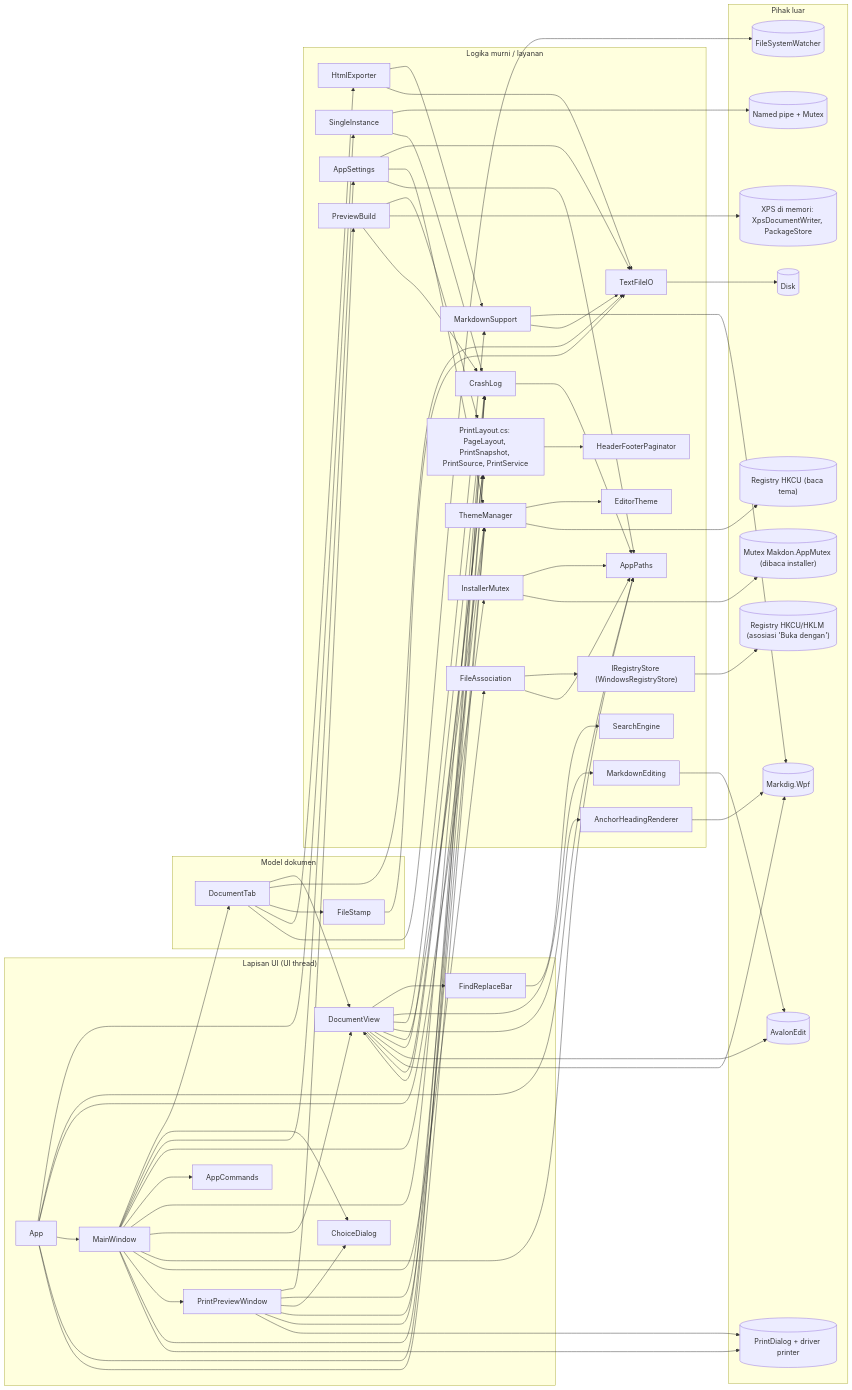
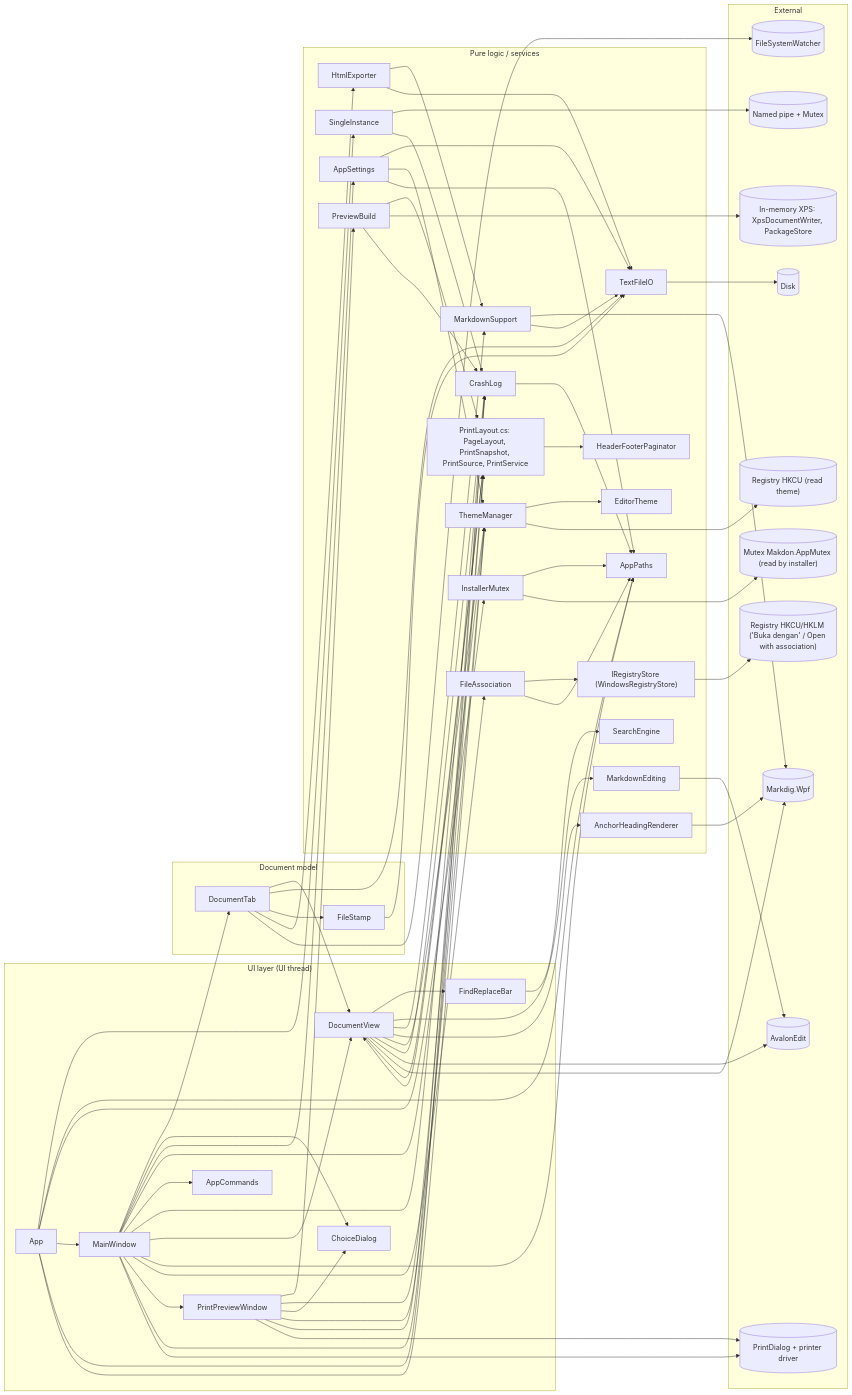
The first of 14 diagrams in docs/ARCHITECTURE.md (hoaaah/Makdon), drawn with Mermaid before and after one commit. The commit also changed other lines of this file and 8 other files, not shown here.

````diff
--- a/docs/ARCHITECTURE.md
+++ b/docs/ARCHITECTURE.md
@@ -63,6 +60,6 @@
 ```mermaid
 flowchart LR
-    subgraph UI["Lapisan UI (UI thread)"]
+    subgraph UI["UI layer (UI thread)"]
         App["App"]
         MW["MainWindow"]
         CD["ChoiceDialog"]
@@ -72,12 +69,12 @@
         PPW["PrintPreviewWindow"]
     end
 
-    subgraph Model["Model dokumen"]
+    subgraph Model["Document model"]
         DT["DocumentTab"]
         FS["FileStamp"]
     end
 
-    subgraph Logic["Logika murni / layanan"]
+    subgraph Logic["Pure logic / services"]
         SE["SearchEngine"]
         ME["MarkdownEditing"]
         MS["MarkdownSupport"]
@@ -98,17 +95,17 @@
         IM["InstallerMutex"]
     end
 
-    subgraph Ext["Pihak luar"]
+    subgraph Ext["External"]
         AE[("AvalonEdit")]
         MD[("Markdig.Wpf")]
         FSW[("FileSystemWatcher")]
         PIPE[("Named pipe + Mutex")]
-        REG[("Registry HKCU (baca tema)")]
+        REG[("Registry HKCU (read theme)")]
         DISK[("Disk")]
-        XPS[("XPS di memori: XpsDocumentWriter, PackageStore")]
-        PD[("PrintDialog + driver printer")]
-        REG2[("Registry HKCU/HKLM (asosiasi 'Buka dengan')")]
-        MTX[("Mutex Makdon.AppMutex (dibaca installer)")]
+        XPS[("In-memory XPS: XpsDocumentWriter, PackageStore")]
+        PD[("PrintDialog + printer driver")]
+        REG2[("Registry HKCU/HKLM ('Buka dengan' / Open with association)")]
+        MTX[("Mutex Makdon.AppMutex (read by installer)")]
     end
 
     App --> SI
````
